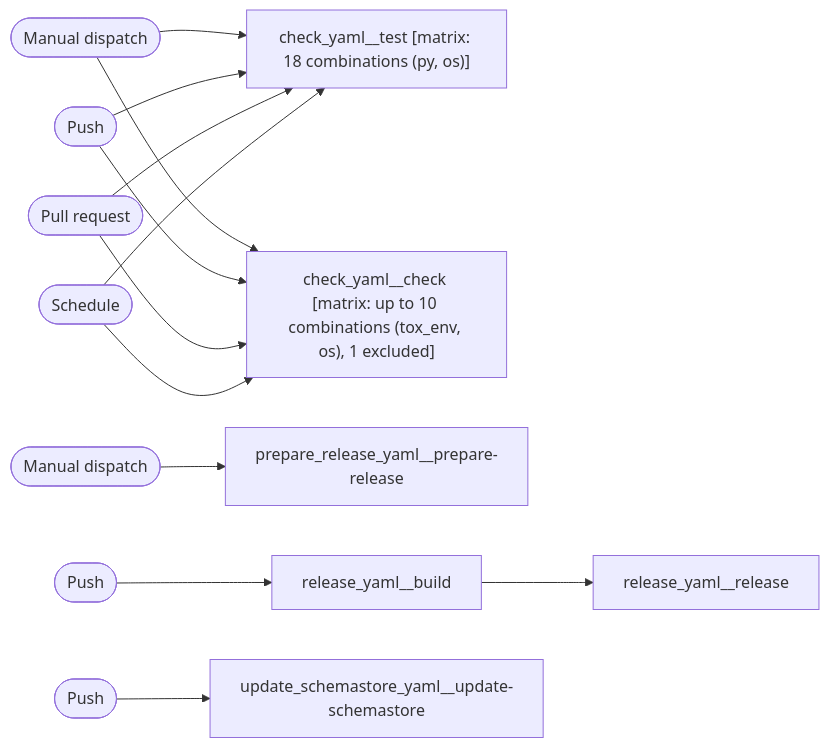
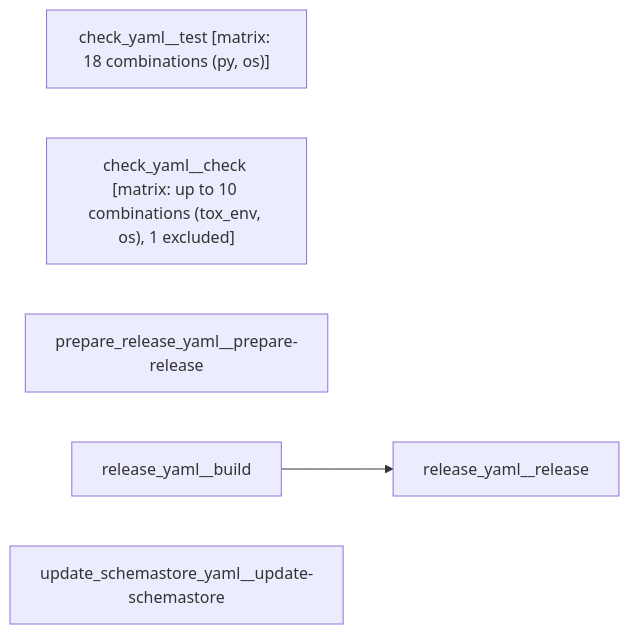
One commit to bhagatshivam/what-is-my-pipeline-doing changed the diagram in tests/golden/multi/tox.md. Above: the diagram before and after it, drawn with Mermaid. The commit also changed other lines of this file and 27 other files, not shown here.

````diff
--- a/tests/golden/multi/tox.md
+++ b/tests/golden/multi/tox.md
@@ -72,28 +81,10 @@
 ```mermaid
 flowchart LR
-    trigger_0(["Manual dispatch"])
-    trigger_1(["Push"])
-    trigger_2(["Pull request"])
-    trigger_3(["Schedule"])
-    trigger_4(["Manual dispatch"])
-    trigger_5(["Push"])
-    trigger_6(["Push"])
     check_yaml__test["check_yaml__test [matrix: 18 combinations (py, os)]"]
     check_yaml__check["check_yaml__check [matrix: up to 10 combinations (tox_env, os), 1 excluded]"]
     prepare_release_yaml__prepare-release["prepare_release_yaml__prepare-release"]
     release_yaml__build["release_yaml__build"]
     release_yaml__release["release_yaml__release"]
     update_schemastore_yaml__update-schemastore["update_schemastore_yaml__update-schemastore"]
-    trigger_0 --> check_yaml__test
-    trigger_0 --> check_yaml__check
-    trigger_1 --> check_yaml__test
-    trigger_1 --> check_yaml__check
-    trigger_2 --> check_yaml__test
-    trigger_2 --> check_yaml__check
-    trigger_3 --> check_yaml__test
-    trigger_3 --> check_yaml__check
-    trigger_4 --> prepare_release_yaml__prepare-release
-    trigger_5 --> release_yaml__build
-    trigger_6 --> update_schemastore_yaml__update-schemastore
     release_yaml__build --> release_yaml__release
 ```
````
